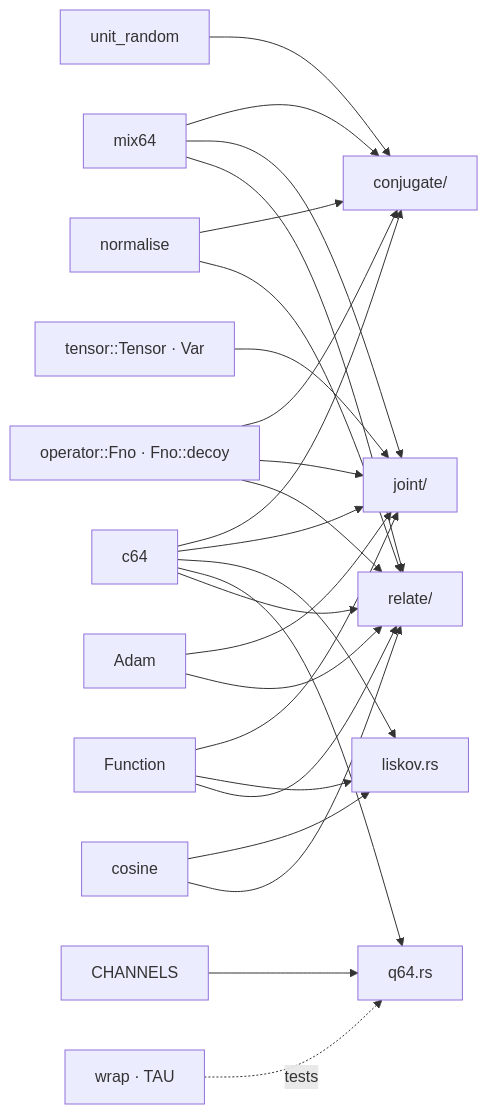
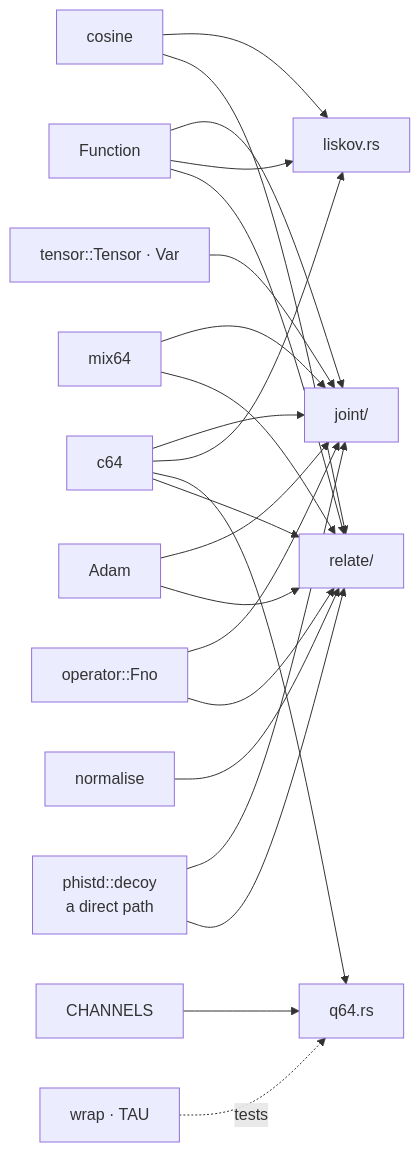
The third of 4 diagrams in docs/phical/lib.md (gemphi/phinet), drawn with Mermaid before and after one commit. The commit also changed other lines of this file and 105 other files, not shown here.

````diff
--- a/docs/phical/lib.md
+++ b/docs/phical/lib.md
@@ -48,30 +47,29 @@
 ```mermaid
 graph LR
     c64["c64"]
     mix["mix64"]
     cos["cosine"]
     nor["normalise"]
-    ur["unit_random"]
     fun["Function"]
     adam["Adam"]
     ten["tensor::Tensor · Var"]
-    fno["operator::Fno · Fno::decoy"]
+    fno["operator::Fno"]
+    dec["phistd::decoy<br/>a direct path"]
     ch["CHANNELS"]
     wr["wrap · TAU"]
-    conj["conjugate/"]
     joint["joint/"]
     lis["liskov.rs"]
     q64["q64.rs"]
     rel["relate/"]
-    c64 --> conj & joint & lis & q64 & rel
-    mix --> conj & joint & rel
+    c64 --> joint & lis & q64 & rel
+    mix --> joint & rel
     cos --> lis & rel
-    nor --> conj & rel
-    ur --> conj
+    nor --> rel
     fun --> joint & lis & rel
     adam --> joint & rel
     ten --> joint
-    fno --> conj & joint & rel
+    fno --> joint & rel
+    dec --> joint & rel
     ch --> q64
     wr -.->|"tests"| q64
 ```
````
